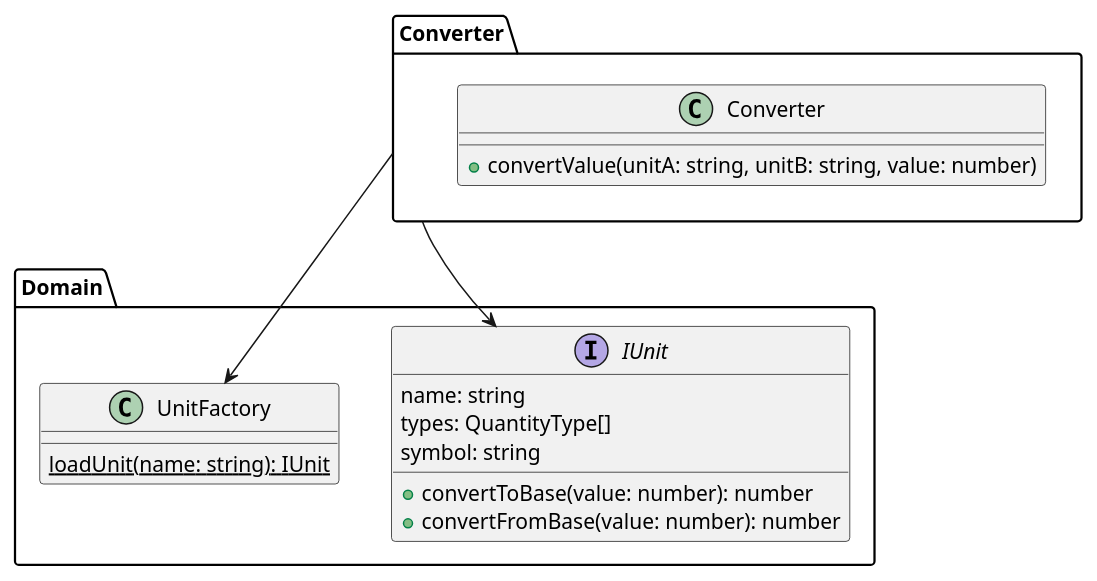
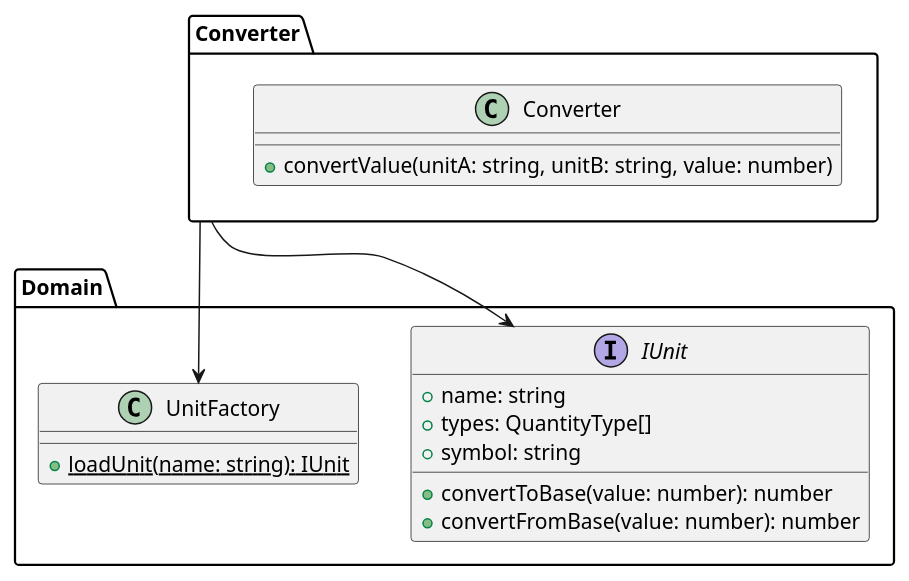
Before and after one commit to heig-vkaelin/ikt300-project: the diagram in docs/uml-class-converter.plantuml, drawn with PlantUML. The commit also changed 3 other files, not shown here.

```diff
--- a/docs/uml-class-converter.plantuml
+++ b/docs/uml-class-converter.plantuml
@@ -1,25 +1,25 @@
 @startuml uml-class-converter
 
 package "Converter" {
   class Converter {
     + convertValue(unitA: string, unitB: string, value: number)
   }
 }
 
 package "Domain" {
   interface IUnit {
-    name: string
-    types: QuantityType[]
-    symbol: string
+    + name: string
+    + types: QuantityType[]
+    + symbol: string
     + convertToBase(value: number): number
     + convertFromBase(value: number): number
   }
   class UnitFactory {
-    {static} loadUnit(name: string): IUnit
+    + {static} loadUnit(name: string): IUnit
   }
 }
 
 Converter --> IUnit
 Converter --> UnitFactory
 
 @enduml
```
